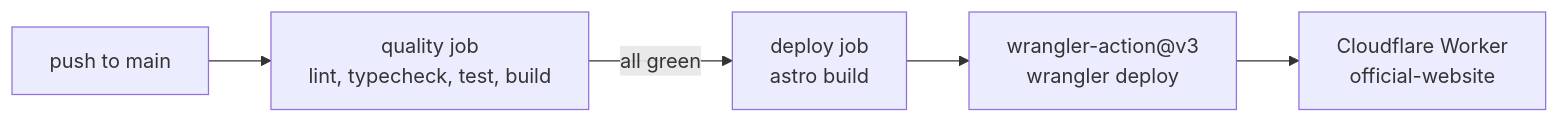
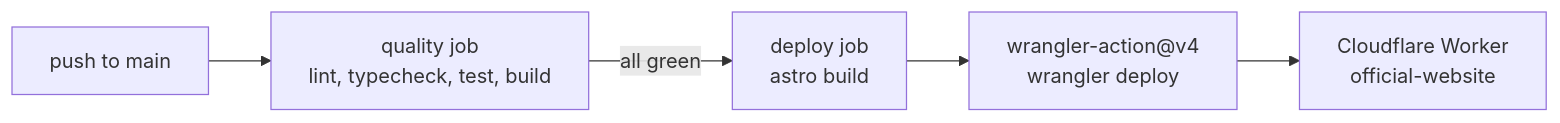
Before and after one commit to stbensonimoh/official-website: the diagram in docs/deployment.md, drawn with Mermaid. The commit also changed other lines of this file and 7 other files, not shown here.

````diff
--- a/docs/deployment.md
+++ b/docs/deployment.md
@@ -30,7 +30,7 @@
 ```mermaid
 flowchart LR
     A["push to main"] --> B["quality job<br/>lint, typecheck, test, build"]
     B -->|"all green"| C["deploy job<br/>astro build"]
-    C --> D["wrangler-action@v3<br/>wrangler deploy"]
+    C --> D["wrangler-action@v4<br/>wrangler deploy"]
     D --> E["Cloudflare Worker<br/>official-website"]
 ```
````
